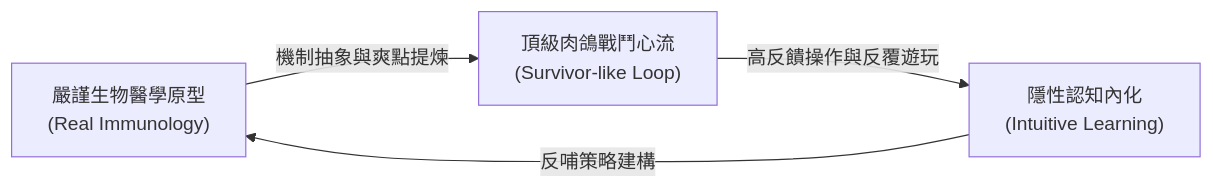
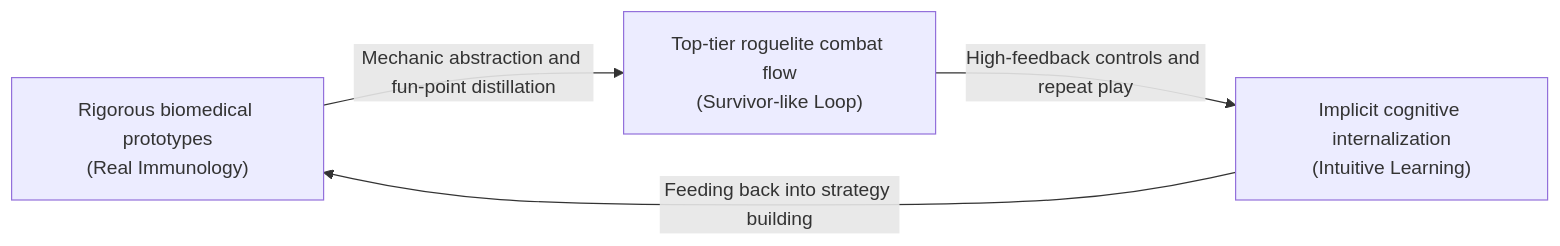
Before and after one commit to skyrocket-qy/Phagocyte: the diagram in docs/real.md, drawn with Mermaid. The commit also changed other lines of this file and 17 other files, not shown here.

````diff
--- a/docs/real.md
+++ b/docs/real.md
@@ -11,6 +11,6 @@
 ```mermaid
 flowchart LR
-    A["嚴謹生物醫學原型<br>(Real Immunology)"] -->|機制抽象與爽點提煉| B["頂級肉鴿戰鬥心流<br>(Survivor-like Loop)"]
-    B -->|高反饋操作與反覆遊玩| C["隱性認知內化<br>(Intuitive Learning)"]
-    C -->|反哺策略建構| A
+    A["Rigorous biomedical prototypes<br>(Real Immunology)"] -->|Mechanic abstraction and fun-point distillation| B["Top-tier roguelite combat flow<br>(Survivor-like Loop)"]
+    B -->|High-feedback controls and repeat play| C["Implicit cognitive internalization<br>(Intuitive Learning)"]
+    C -->|Feeding back into strategy building| A
 ```
````
